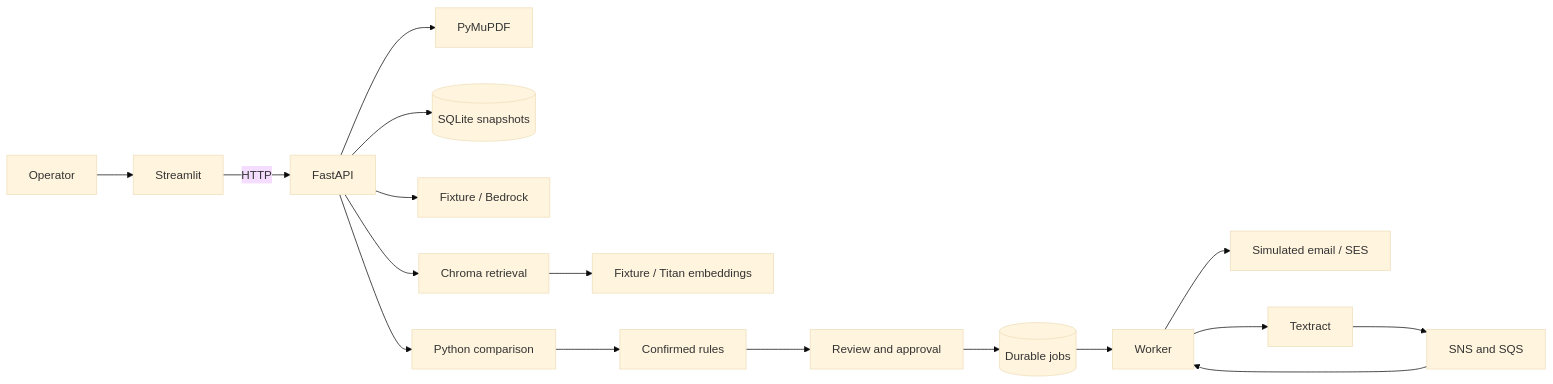
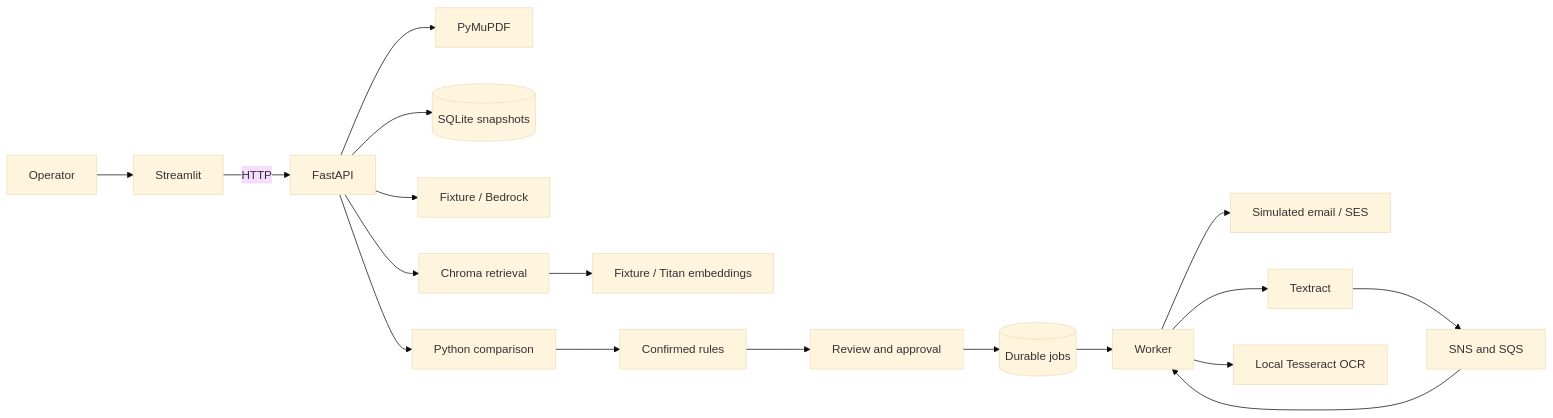
One commit to surajnair17/vendorops-ai changed the diagram in backend/docs/architecture.md. Above: the diagram before and after it, drawn with Mermaid (base theme). The commit also changed other lines of this file and 35 other files, not shown here.

Commit message:
Add Free-plan AWS deployment and durable local OCR

````diff
--- a/backend/docs/architecture.md
+++ b/backend/docs/architecture.md
@@ -3,19 +3,20 @@
 ```mermaid
 flowchart LR
   U[Operator] --> F[Streamlit]
   F -->|HTTP| A[FastAPI]
   A --> P[PyMuPDF]
   A --> D[(SQLite snapshots)]
   A --> M[Fixture / Bedrock]
   A --> C[Python comparison]
   A --> R[Chroma retrieval]
   R --> E[Fixture / Titan embeddings]
   C --> H[Confirmed rules]
   H --> V[Review and approval]
   V --> J[(Durable jobs)]
   J --> W[Worker]
   W --> S[Simulated email / SES]
   W --> T[Textract]
+  W --> O[Local Tesseract OCR]
   T --> N[SNS and SQS]
   N --> W
 ```
````
